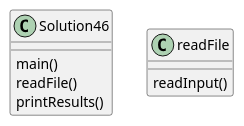
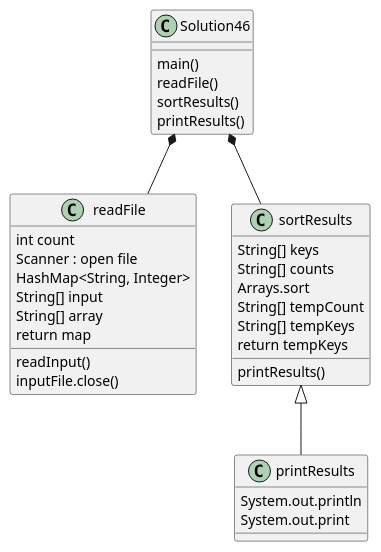
The diagram in exercise46/docs/exercise46_diagram.puml (lins0409/lin-a04), drawn with PlantUML before and after one commit. The commit also changed 4 other files, not shown here.

Commit message:
updated programming logic and fixed plantUML diagram

```diff
--- a/exercise46/docs/exercise46_diagram.puml
+++ b/exercise46/docs/exercise46_diagram.puml
@@ -1,14 +1,35 @@
 @startuml
 'https://plantuml.com/class-diagram
 
 class Solution46 {
 main()
 readFile()
+sortResults()
 printResults()
 }
 
+Solution46 *-- readFile
+Solution46 *-- sortResults
+sortResults <|-- printResults
+sortResults : String[] keys
+sortResults : String[] counts
+sortResults : Arrays.sort
+sortResults : String[] tempCount
+sortResults : String[] tempKeys
+sortResults : return tempKeys
+sortResults : printResults()
+printResults : System.out.println
+printResults : System.out.print
+
 class readFile{
-readInput()
+{method} readInput()
+int count
+Scanner : open file
+HashMap<String, Integer>
+String[] input
+String[] array
+inputFile.close()
+return map
 }
 
 @enduml
```
